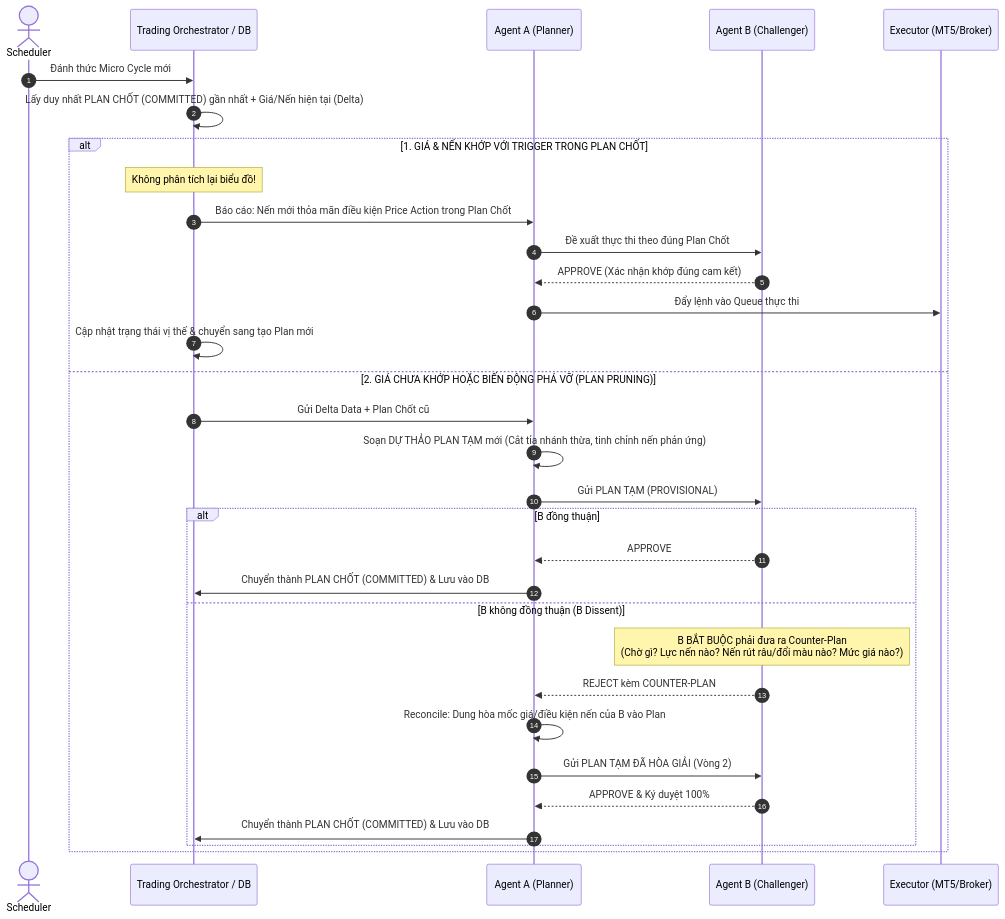
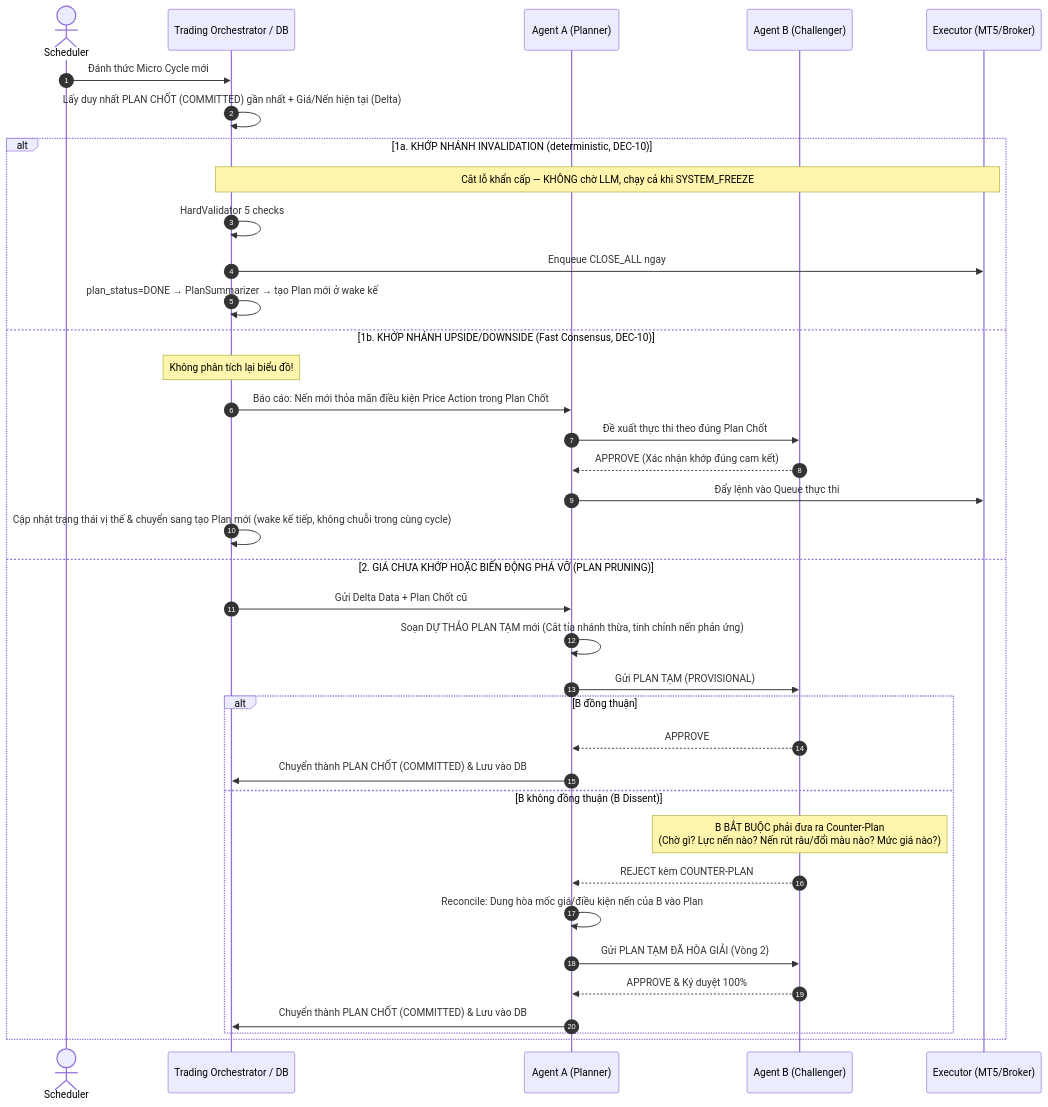
Before and after one commit to nguyenhongdat09/doctradingagent2agent: the diagram in doc/UPGRADE_CONTINGENCY_PLAN_SPEC.md, drawn with Mermaid. The commit also changed other lines of this file and 54 other files, not shown here.

````diff
--- a/doc/UPGRADE_CONTINGENCY_PLAN_SPEC.md
+++ b/doc/UPGRADE_CONTINGENCY_PLAN_SPEC.md
@@ -83,38 +95,44 @@
 ```mermaid
 sequenceDiagram
     autonumber
     actor Sched as Scheduler
     participant Engine as Trading Orchestrator / DB
     participant A as Agent A (Planner)
     participant B as Agent B (Challenger)
     participant Exec as Executor (MT5/Broker)
 
     Sched->>Engine: Đánh thức Micro Cycle mới
     Engine->>Engine: Lấy duy nhất PLAN CHỐT (COMMITTED) gần nhất + Giá/Nến hiện tại (Delta)
 
-    alt 1. GIÁ & NẾN KHỚP VỚI TRIGGER TRONG PLAN CHỐT
+    alt 1a. KHỚP NHÁNH INVALIDATION (deterministic, DEC-10)
+        Note over Engine,Exec: Cắt lỗ khẩn cấp — KHÔNG chờ LLM, chạy cả khi SYSTEM_FREEZE
+        Engine->>Engine: HardValidator 5 checks
+        Engine->>Exec: Enqueue CLOSE_ALL ngay
+        Engine->>Engine: plan_status=DONE → PlanSummarizer → tạo Plan mới ở wake kế
+
+    else 1b. KHỚP NHÁNH UPSIDE/DOWNSIDE (Fast Consensus, DEC-10)
         Note over Engine: Không phân tích lại biểu đồ!
         Engine->>A: Báo cáo: Nến mới thỏa mãn điều kiện Price Action trong Plan Chốt
         A->>B: Đề xuất thực thi theo đúng Plan Chốt
         B-->>A: APPROVE (Xác nhận khớp đúng cam kết)
         A->>Exec: Đẩy lệnh vào Queue thực thi
-        Engine->>Engine: Cập nhật trạng thái vị thế & chuyển sang tạo Plan mới
+        Engine->>Engine: Cập nhật trạng thái vị thế & chuyển sang tạo Plan mới (wake kế tiếp, không chuỗi trong cùng cycle)
 
     else 2. GIÁ CHƯA KHỚP HOẶC BIẾN ĐỘNG PHÁ VỠ (PLAN PRUNING)
         Engine->>A: Gửi Delta Data + Plan Chốt cũ
         A->>A: Soạn DỰ THẢO PLAN TẠM mới (Cắt tỉa nhánh thừa, tinh chỉnh nến phản ứng)
         A->>B: Gửi PLAN TẠM (PROVISIONAL)
         
         alt B đồng thuận
             B-->>A: APPROVE
             A->>Engine: Chuyển thành PLAN CHỐT (COMMITTED) & Lưu vào DB
         else B không đồng thuận (B Dissent)
             Note over B: B BẮT BUỘC phải đưa ra Counter-Plan<br/>(Chờ gì? Lực nến nào? Nến rút râu/đổi màu nào? Mức giá nào?)
             B-->>A: REJECT kèm COUNTER-PLAN
             A->>A: Reconcile: Dung hòa mốc giá/điều kiện nến của B vào Plan
             A->>B: Gửi PLAN TẠM ĐÃ HÒA GIẢI (Vòng 2)
             B-->>A: APPROVE & Ký duyệt 100%
             A->>Engine: Chuyển thành PLAN CHỐT (COMMITTED) & Lưu vào DB
         end
     end
 ```
````
